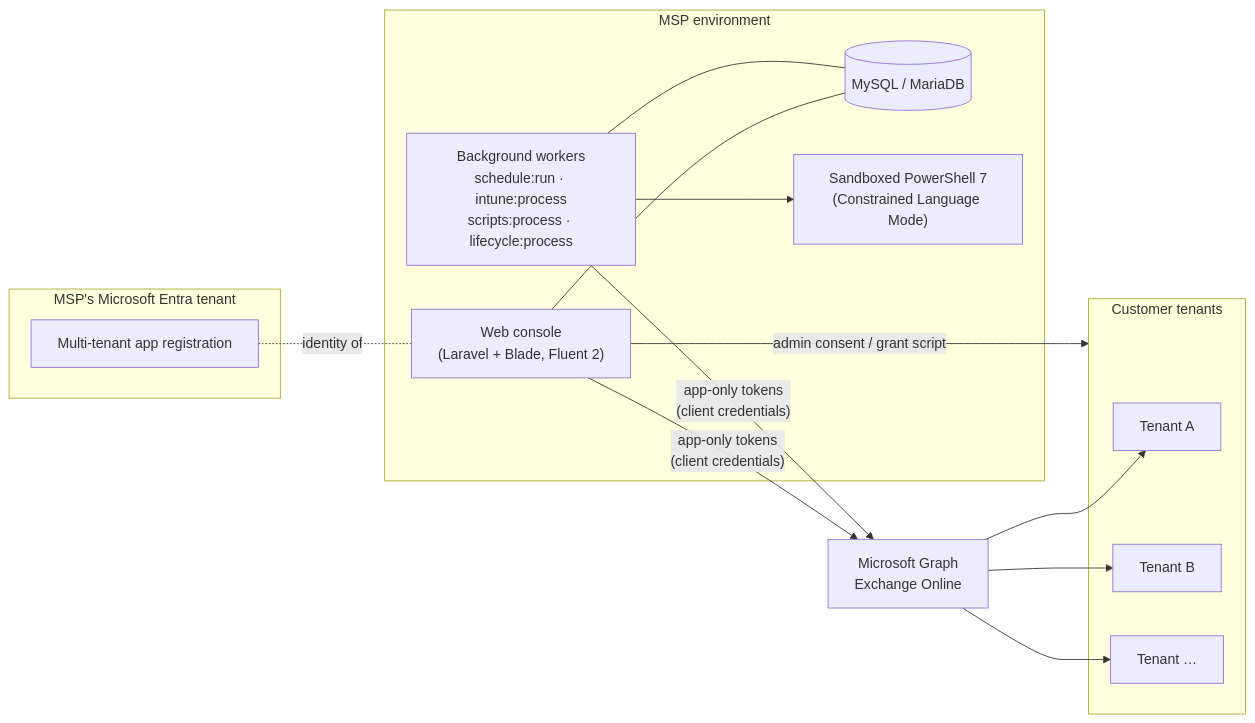
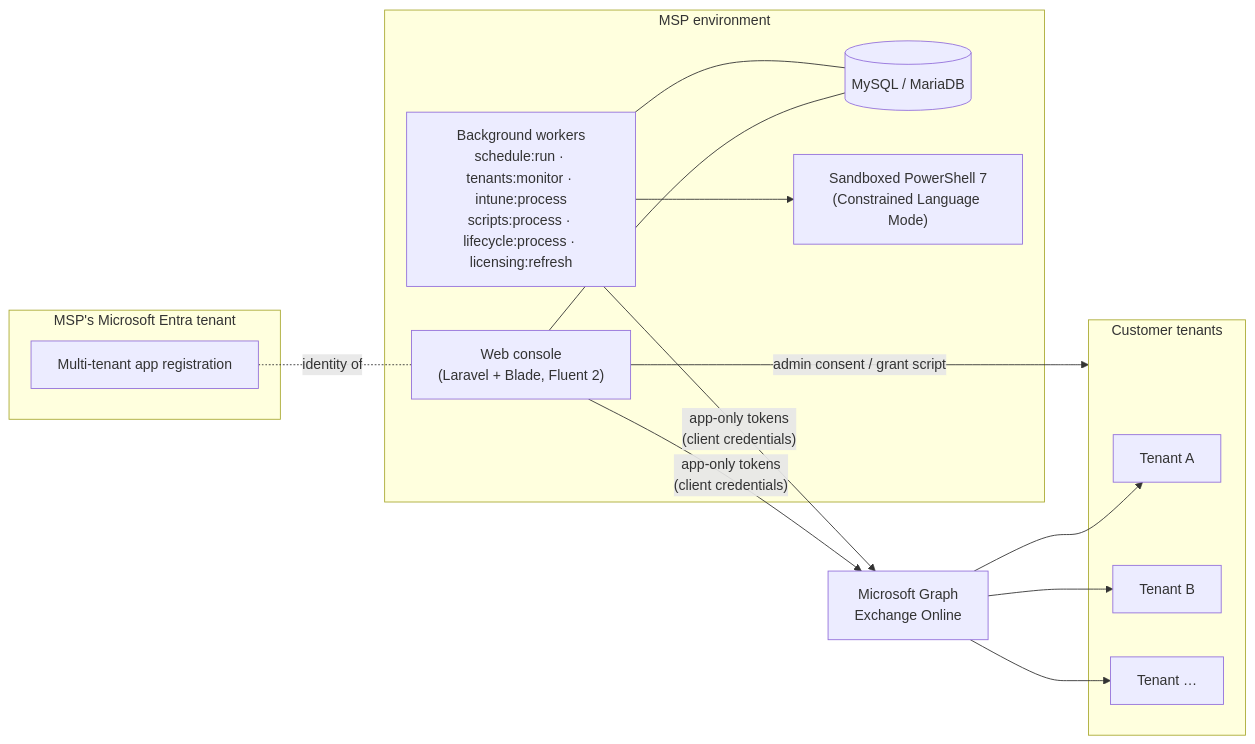
One commit to getakter/TenantsGuard changed the diagram in README.md. Above: the diagram before and after it, drawn with Mermaid. The commit also changed other lines of this file and 33 other files, not shown here.

````diff
--- a/README.md
+++ b/README.md
@@ -59,24 +62,24 @@
 ```mermaid
 flowchart LR
     subgraph MSP["MSP environment"]
         UI["Web console<br/>(Laravel + Blade, Fluent 2)"]
         DB[("MySQL / MariaDB")]
-        W["Background workers<br/>schedule:run · intune:process<br/>scripts:process · lifecycle:process"]
+        W["Background workers<br/>schedule:run · tenants:monitor · intune:process<br/>scripts:process · lifecycle:process · licensing:refresh"]
         PS["Sandboxed PowerShell 7<br/>(Constrained Language Mode)"]
         UI --- DB
         W --- DB
         W --> PS
     end
     subgraph Entra["MSP's Microsoft Entra tenant"]
         APP["Multi-tenant app registration"]
     end
     subgraph Customers["Customer tenants"]
         T1["Tenant A"]
         T2["Tenant B"]
         T3["Tenant …"]
     end
     UI -- "admin consent / grant script" --> Customers
     UI & W -- "app-only tokens<br/>(client credentials)" --> GRAPH["Microsoft Graph<br/>Exchange Online"]
     GRAPH --> T1 & T2 & T3
     APP -. "identity of" .- UI
 ```
````
